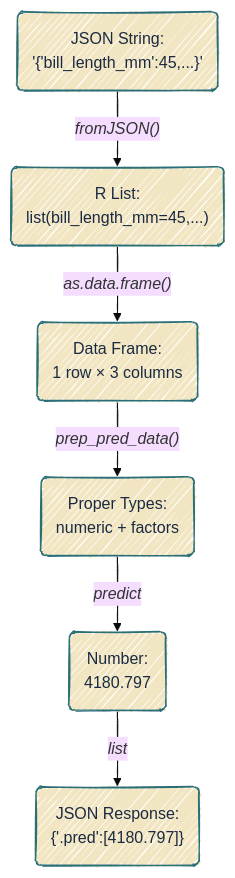
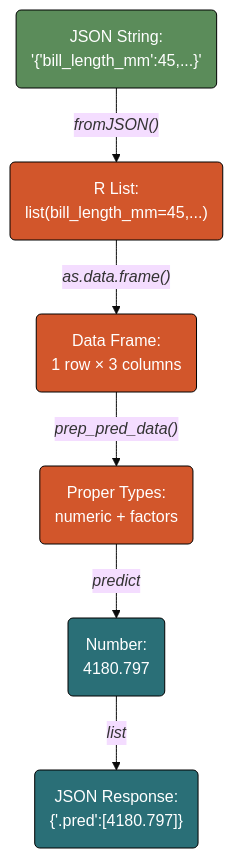
The fourth of 7 diagrams in plumber.qmd (mjfrigaard/do4ds-labs), drawn with Mermaid before and after one commit. The commit also changed other lines of this file and 48 other files, not shown here.

````diff
--- a/plumber.qmd
+++ b/plumber.qmd
@@ -856,21 +861,27 @@
 ```{mermaid}
 %%| fig-width: 7.0
-%%| fig-align: center
-%%{init: {'theme': 'base', 'look': 'handDrawn', 'themeVariables': {'fontFamily': 'monospace'}}}%%
+%%| fig-align: 'center'
+%%{init: {'theme': 'base', 'themeVariables': {'fontFamily': 'monospace'}}}%%
 
 graph TB
     JSON("JSON String:<br>'{'bill_length_mm':45,...}'")
+
+    JSON -->|"<em>fromJSON()</em>"| List("R List:<br>list(bill_length_mm=45,...)")
+
+    List -->|"<em>as.data.frame()</em>"| DF("Data Frame:<br>1 row × 3 columns")
+
+    DF -->|"<em>prep_pred_data()</em>"| Factors("Proper Types:<br>numeric + factors")
+
+    Factors -->|"<em>predict</em>"| Result("Number:<br>4180.797")
+
+    Result -->|"<em>list</em>"| Response("JSON Response:<br>{'.pred':[4180.797]}")
     
-    JSON -->|"<em>fromJSON()</em>"| List("R List:<br>list(bill_length_mm=45,...)")
-    
-    List -->|"<em>as.data.frame()</em>"| DF("Data Frame:<br>1 row × 3 columns")
-    
-    DF -->|"<em>prep_pred_data()</em>"| Factors("Proper Types:<br>numeric + factors")
-    
-    Factors -->|"<em>predict</em>"| Result("Number:<br>4180.797")
-    
-    Result -->|"<em>list</em>"| Response("JSON Response:<br>{'.pred':[4180.797]}")
-    classDef default fill:#F2E6C2,stroke:#2A6F77,color:#1B2A41
+    style JSON fill:#5B8C5A,stroke:#000000,stroke-width:1px,color:#ffffff
+    style List fill:#D2562B,stroke:#000000,stroke-width:1px,color:#ffffff
+    style DF fill:#D2562B,stroke:#000000,stroke-width:1px,color:#ffffff
+    style Factors fill:#D2562B,stroke:#000000,stroke-width:1px,color:#ffffff
+    style Result fill:#2A6F77,stroke:#000000,stroke-width:1px,color:#ffffff
+    style Response fill:#2A6F77,stroke:#000000,stroke-width:1px,color:#ffffff
     
     
 ```
````
